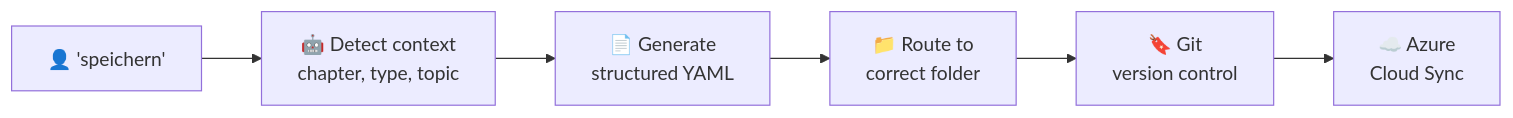
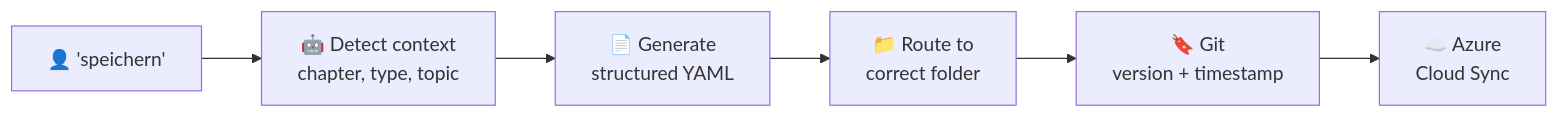
One commit to MustDemir/ai-context-vault changed the first of 3 diagrams in README.md. Above: the diagram before and after it, drawn with Mermaid. The commit also changed other lines of this file and 1 other file, not shown here.

````diff
--- a/README.md
+++ b/README.md
@@ -83,11 +73,11 @@
 ```mermaid
 flowchart LR
     U["👤 'speichern'"]
     A["🤖 Detect context\nchapter, type, topic"]
     Y["📄 Generate\nstructured YAML"]
     G["📁 Route to\ncorrect folder"]
-    V["🔖 Git\nversion control"]
+    V["🔖 Git\nversion + timestamp"]
     C["☁️ Azure\nCloud Sync"]
 
     U --> A --> Y --> G --> V --> C
 ```
````
